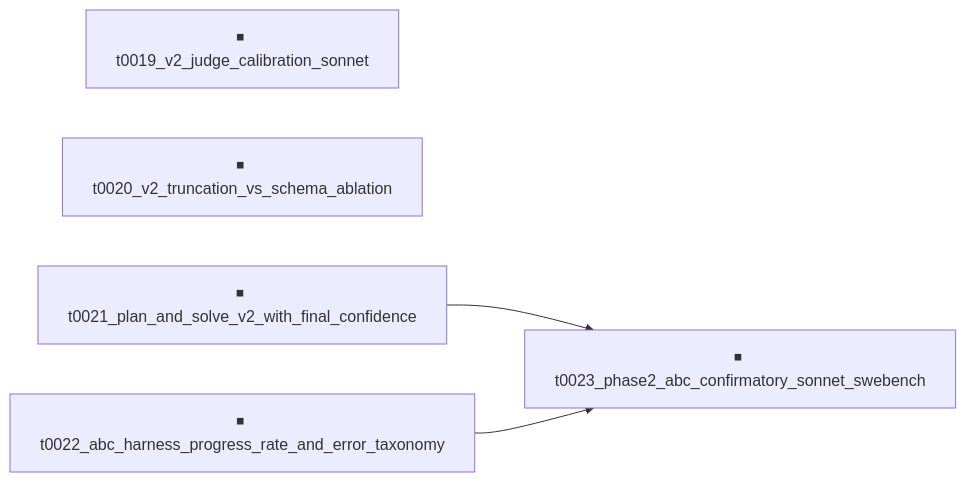
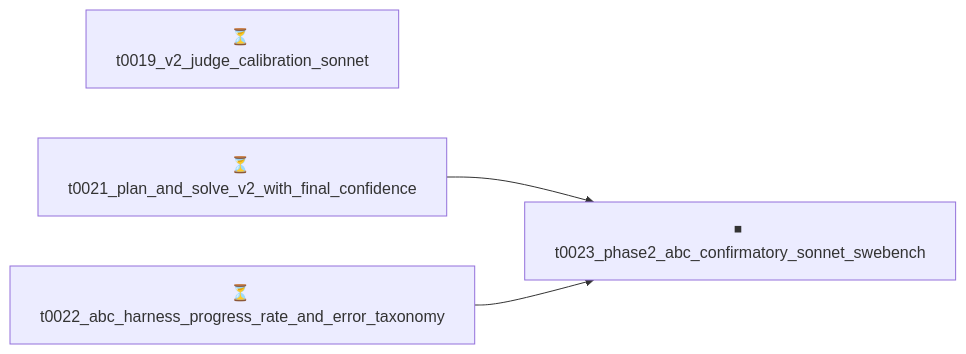
Before and after one commit to omniscale-ai/reasoning-scale2: the diagram in overview/tasks/README.md, drawn with Mermaid. The commit also changed other lines of this file and 49 other files, not shown here.

Commit message:
overview: refresh after t0020_v2_truncation_vs_schema_ablation

````diff
--- a/overview/tasks/README.md
+++ b/overview/tasks/README.md
@@ -12,11 +13,10 @@
 ```mermaid
 graph LR
-    t0019_v2_judge_calibration_sonnet["⏹ t0019_v2_judge_calibration_sonnet"]
-    t0020_v2_truncation_vs_schema_ablation["⏹ t0020_v2_truncation_vs_schema_ablation"]
-    t0021_plan_and_solve_v2_with_final_confidence["⏹ t0021_plan_and_solve_v2_with_final_confidence"]
-    t0022_abc_harness_progress_rate_and_error_taxonomy["⏹ t0022_abc_harness_progress_rate_and_error_taxonomy"]
+    t0019_v2_judge_calibration_sonnet["⏳ t0019_v2_judge_calibration_sonnet"]
+    t0021_plan_and_solve_v2_with_final_confidence["⏳ t0021_plan_and_solve_v2_with_final_confidence"]
+    t0022_abc_harness_progress_rate_and_error_taxonomy["⏳ t0022_abc_harness_progress_rate_and_error_taxonomy"]
     t0023_phase2_abc_confirmatory_sonnet_swebench["⏹ t0023_phase2_abc_confirmatory_sonnet_swebench"]
 
     t0021_plan_and_solve_v2_with_final_confidence --> t0023_phase2_abc_confirmatory_sonnet_swebench
     t0022_abc_harness_progress_rate_and_error_taxonomy --> t0023_phase2_abc_confirmatory_sonnet_swebench
 ```
````
